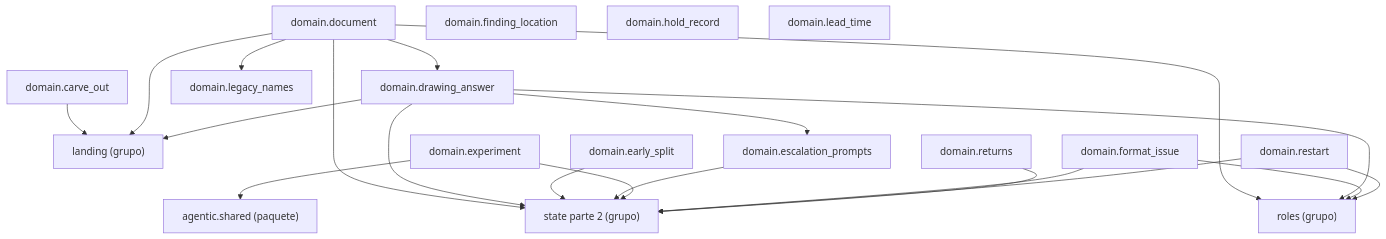
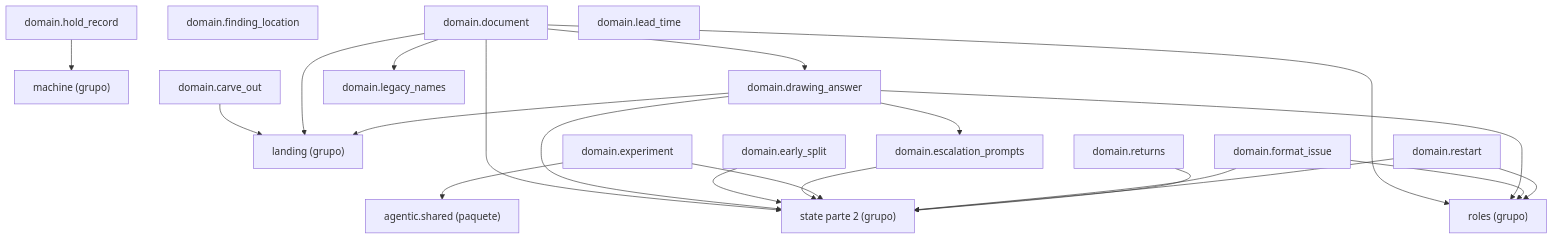
Before and after one commit to GonzaloZevallos/agentic-system: the diagram in docs/architecture/generated/packages-process-domain-state-1.md, drawn with Mermaid. The commit also changed 10 other files, not shown here.

First line of the commit message:
Move ci and hold_record onto parse_instant: an instant with no offset is unreadable

````diff
--- a/docs/architecture/generated/packages-process-domain-state-1.md
+++ b/docs/architecture/generated/packages-process-domain-state-1.md
@@ -13,39 +13,41 @@
 ```mermaid
 graph TD
     g_domain__landing["landing (grupo)"]
+    g_domain__machine["machine (grupo)"]
     g_domain__roles["roles (grupo)"]
     g_domain__state__2["state parte 2 (grupo)"]
     g_pkg__agentic__shared["agentic.shared (paquete)"]
     m_domain__carve_out["domain.carve_out"]
     m_domain__document["domain.document"]
     m_domain__drawing_answer["domain.drawing_answer"]
     m_domain__early_split["domain.early_split"]
     m_domain__escalation_prompts["domain.escalation_prompts"]
     m_domain__experiment["domain.experiment"]
     m_domain__finding_location["domain.finding_location"]
     m_domain__format_issue["domain.format_issue"]
     m_domain__hold_record["domain.hold_record"]
     m_domain__lead_time["domain.lead_time"]
     m_domain__legacy_names["domain.legacy_names"]
     m_domain__restart["domain.restart"]
     m_domain__returns["domain.returns"]
     m_domain__carve_out --> g_domain__landing
     m_domain__document --> g_domain__landing
     m_domain__document --> g_domain__roles
     m_domain__document --> g_domain__state__2
     m_domain__document --> m_domain__drawing_answer
     m_domain__document --> m_domain__legacy_names
     m_domain__drawing_answer --> g_domain__landing
     m_domain__drawing_answer --> g_domain__roles
     m_domain__drawing_answer --> g_domain__state__2
     m_domain__drawing_answer --> m_domain__escalation_prompts
     m_domain__early_split --> g_domain__state__2
     m_domain__escalation_prompts --> g_domain__state__2
     m_domain__experiment --> g_domain__state__2
     m_domain__experiment --> g_pkg__agentic__shared
     m_domain__format_issue --> g_domain__roles
     m_domain__format_issue --> g_domain__state__2
+    m_domain__hold_record --> g_domain__machine
     m_domain__restart --> g_domain__roles
     m_domain__restart --> g_domain__state__2
     m_domain__returns --> g_domain__state__2
 ```
````
